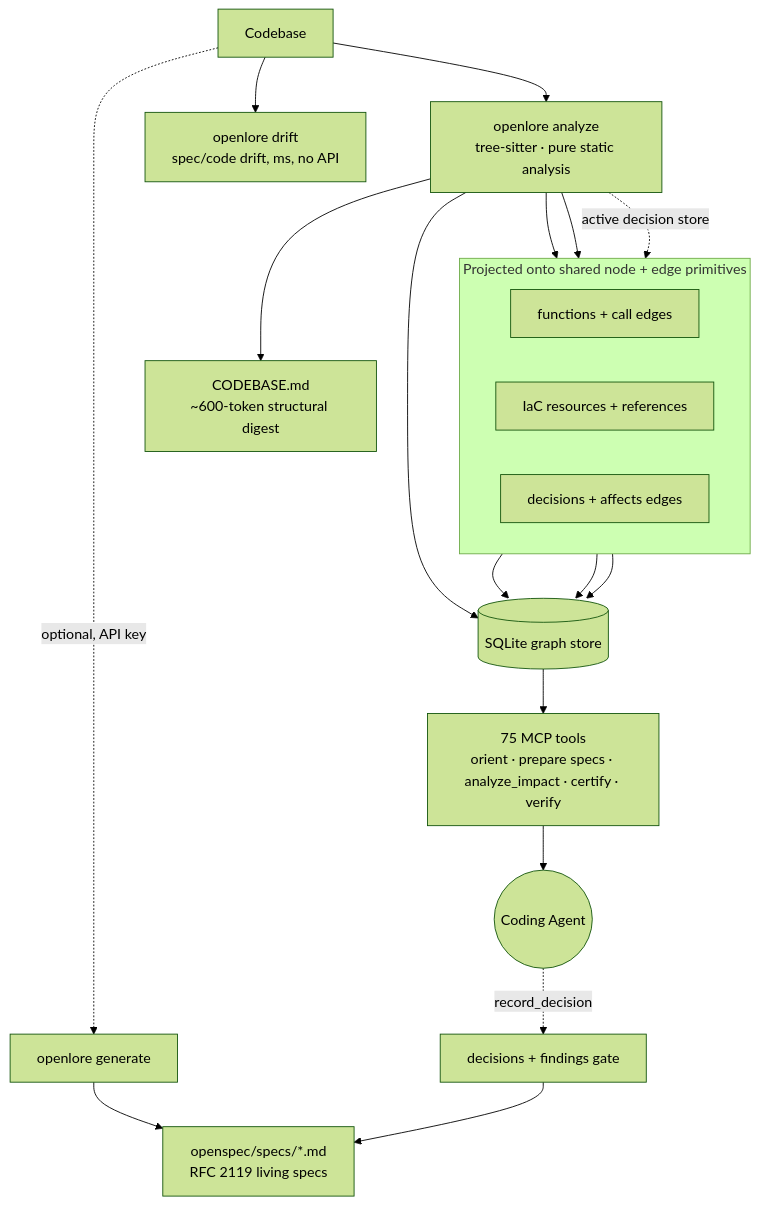
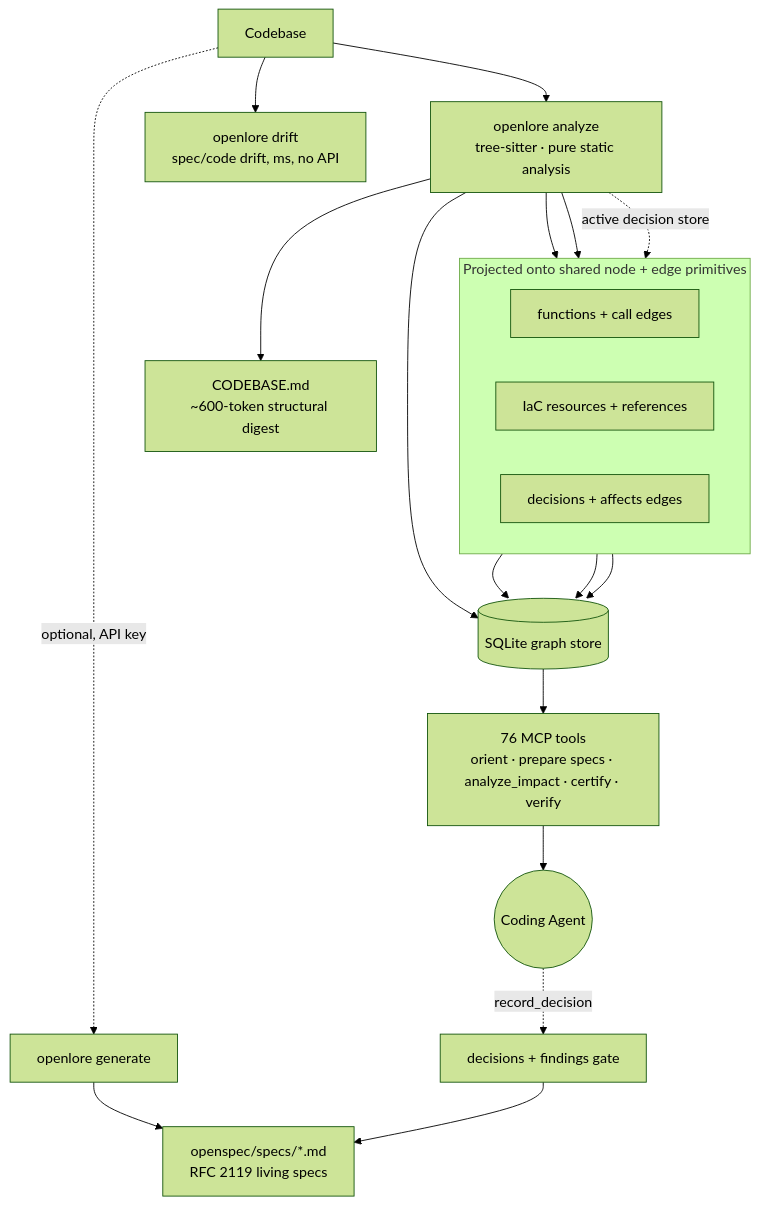
The diagram in README.md (clay-good/OpenLore), drawn with Mermaid (forest theme) before and after one commit. The commit also changed other lines of this file and 47 other files, not shown here.

````diff
--- a/README.md
+++ b/README.md
@@ -299,28 +299,28 @@
 ```mermaid
 flowchart TD
     Code[Codebase] --> Analyze[openlore analyze<br/>tree-sitter · pure static analysis]
     Analyze --> DB[(SQLite graph store)]
     Analyze --> Digest[CODEBASE.md<br/>~600-token structural digest]
 
     subgraph shared["Projected onto shared node + edge primitives"]
       direction LR
       CodeNodes[functions + call edges]
       Iac[IaC resources + references]
       Dec[decisions + affects edges]
     end
     Analyze --> CodeNodes
     Analyze --> Iac
     Analyze -. active decision store .-> Dec
     CodeNodes --> DB
     Iac --> DB
     Dec --> DB
 
-    DB --> MCP[75 MCP tools<br/>orient · prepare specs · analyze_impact · certify · verify]
+    DB --> MCP[76 MCP tools<br/>orient · prepare specs · analyze_impact · certify · verify]
     MCP --> Agent((Coding Agent))
 
     Code -. optional, API key .-> Gen[openlore generate]
     Gen --> Specs[openspec/specs/*.md<br/>RFC 2119 living specs]
     Code --> Drift[openlore drift<br/>spec/code drift, ms, no API]
     Agent -. record_decision .-> Gate[decisions + findings gate]
     Gate --> Specs
 ```
````
